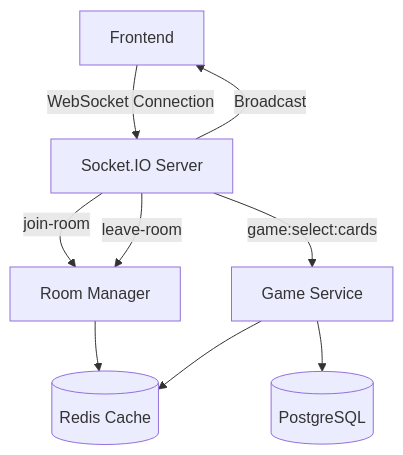
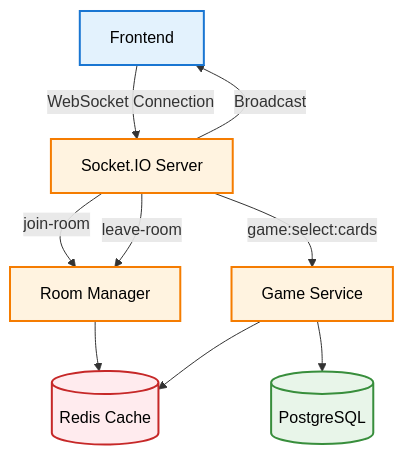
The fifth of 5 diagrams in docs/architecture.md (hamza-berahma/set-game), drawn with Mermaid before and after one commit. The commit also changed other lines of this file and 7 other files, not shown here.

````diff
--- a/docs/architecture.md
+++ b/docs/architecture.md
@@ -173,14 +195,24 @@
 ```mermaid
 graph TD
     Frontend[Frontend] -->|WebSocket Connection| Socket[Socket.IO Server]
     
     Socket -->|join-room| Room[Room Manager]
     Socket -->|game:select:cards| Game[Game Service]
     Socket -->|leave-room| Room
     
     Room --> Redis[(Redis Cache)]
     Game --> Redis
     Game --> DB[(PostgreSQL)]
     
     Socket -->|Broadcast| Frontend
+    
+    classDef frontend fill:#E3F2FD,stroke:#1976D2,stroke-width:2px,color:#000
+    classDef backend fill:#FFF3E0,stroke:#F57C00,stroke-width:2px,color:#000
+    classDef database fill:#E8F5E9,stroke:#388E3C,stroke-width:2px,color:#000
+    classDef redis fill:#FFEBEE,stroke:#C62828,stroke-width:2px,color:#000
+    
+    class Frontend frontend
+    class Socket,Room,Game backend
+    class DB database
+    class Redis redis
 ```
````
